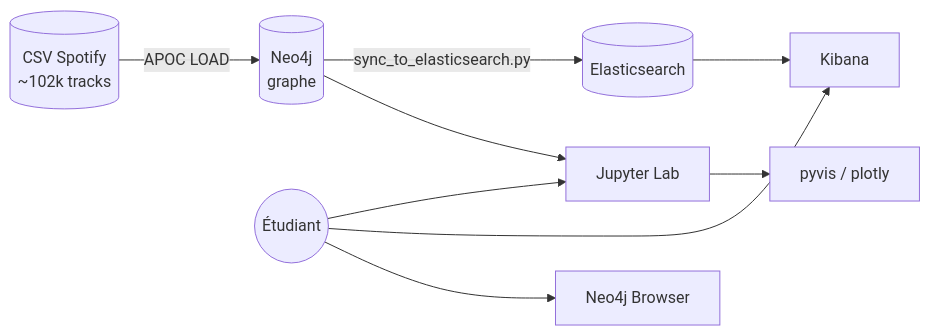
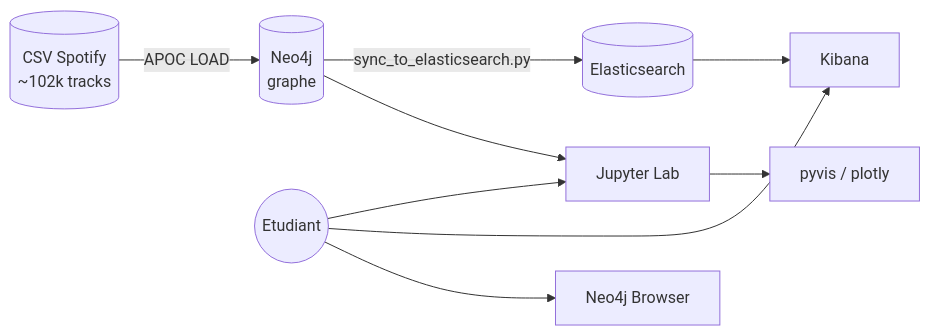
The first of 2 diagrams in docs2-cours1/04-architecture-pipeline-elk-neo4j.md (haythem-rehouma/Elastic-Search-0), drawn with Mermaid before and after one commit. The commit also changed other lines of this file and 49 other files, not shown here.

````diff
--- a/docs2-cours1/04-architecture-pipeline-elk-neo4j.md
+++ b/docs2-cours1/04-architecture-pipeline-elk-neo4j.md
@@ -38,11 +38,11 @@
 ```mermaid
 flowchart LR
-    CSV[(CSV Spotify<br/>~102k tracks)] -->|APOC LOAD| N4J[(Neo4j<br/>graphe)]
-    N4J -->|sync_to_elasticsearch.py| ES[(Elasticsearch)]
-    ES --> KIB[Kibana]
-    N4J --> JUP[Jupyter Lab]
-    JUP --> VIZ[pyvis / plotly]
-    User((Étudiant)) --> JUP
+    CSV[("CSV Spotify<br/>~102k tracks")] -->|APOC LOAD| N4J[("Neo4j<br/>graphe")]
+    N4J -->|sync_to_elasticsearch.py| ES[("Elasticsearch")]
+    ES --> KIB["Kibana"]
+    N4J --> JUP["Jupyter Lab"]
+    JUP --> VIZ["pyvis / plotly"]
+    User(("Etudiant")) --> JUP
     User --> KIB
-    User --> NEOBROW[Neo4j Browser]
+    User --> NEOBROW["Neo4j Browser"]
 ```
````
